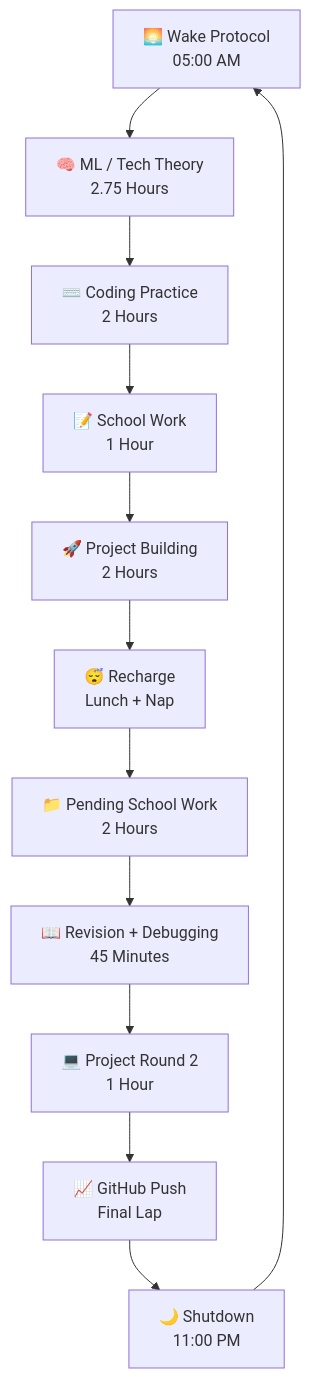
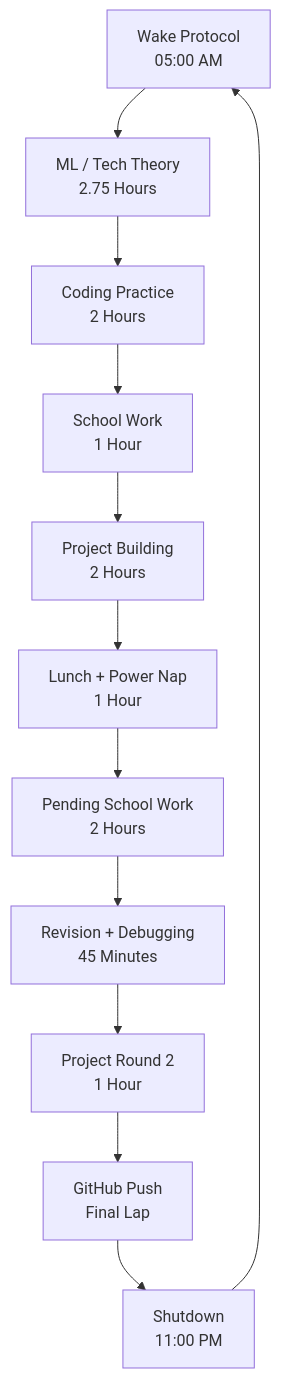
One commit to Boosterboy12/Monk-Mode-14 changed the third of 3 diagrams in README.md. Above: the diagram before and after it, drawn with Mermaid. The commit also changed other lines of this file, not shown here.

````diff
--- a/README.md
+++ b/README.md
@@ -145,14 +246,14 @@
 ```mermaid
 flowchart TD
-    A["🌅 Wake Protocol<br/>05:00 AM"] --> B["🧠 ML / Tech Theory<br/>2.75 Hours"]
-    B --> C["⌨️ Coding Practice<br/>2 Hours"]
-    C --> D["📝 School Work<br/>1 Hour"]
-    D --> E["🚀 Project Building<br/>2 Hours"]
-    E --> F["😴 Recharge<br/>Lunch + Nap"]
-    F --> G["📁 Pending School Work<br/>2 Hours"]
-    G --> H["📖 Revision + Debugging<br/>45 Minutes"]
-    H --> I["💻 Project Round 2<br/>1 Hour"]
-    I --> J["📈 GitHub Push<br/>Final Lap"]
-    J --> K["🌙 Shutdown<br/>11:00 PM"]
+    A["Wake Protocol<br/>05:00 AM"] --> B["ML / Tech Theory<br/>2.75 Hours"]
+    B --> C["Coding Practice<br/>2 Hours"]
+    C --> D["School Work<br/>1 Hour"]
+    D --> E["Project Building<br/>2 Hours"]
+    E --> F["Lunch + Power Nap<br/>1 Hour"]
+    F --> G["Pending School Work<br/>2 Hours"]
+    G --> H["Revision + Debugging<br/>45 Minutes"]
+    H --> I["Project Round 2<br/>1 Hour"]
+    I --> J["GitHub Push<br/>Final Lap"]
+    J --> K["Shutdown<br/>11:00 PM"]
     K --> A
 ```
````
